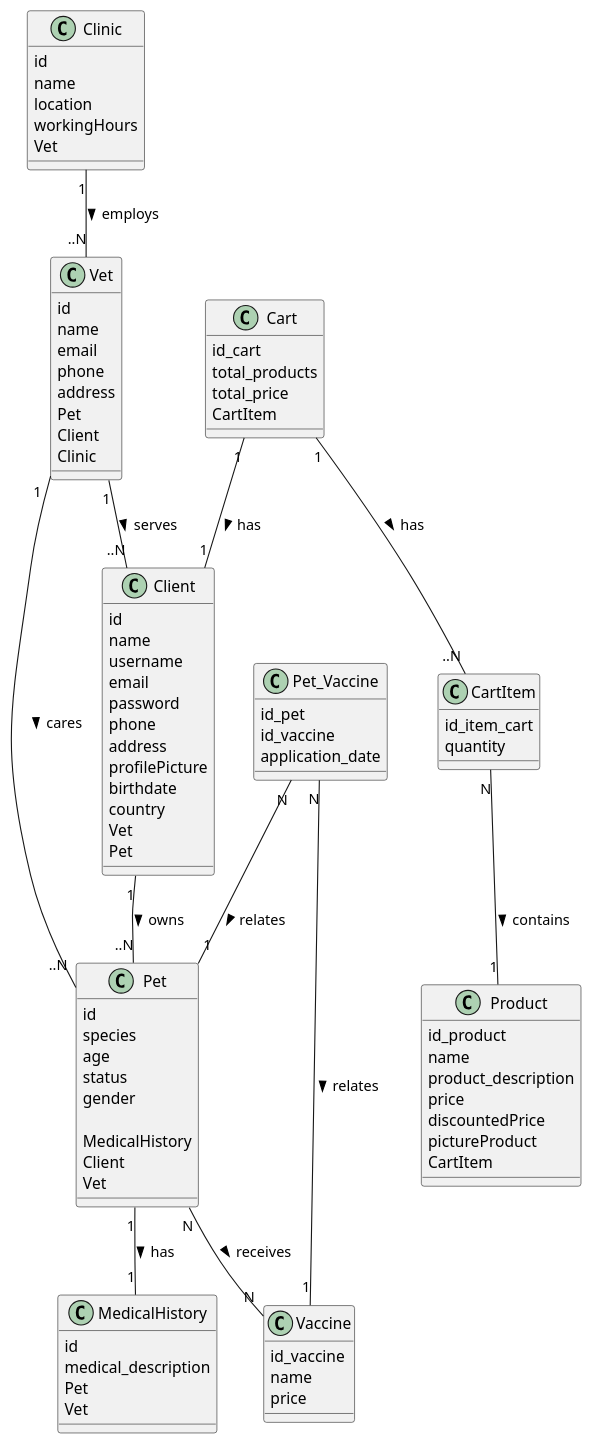
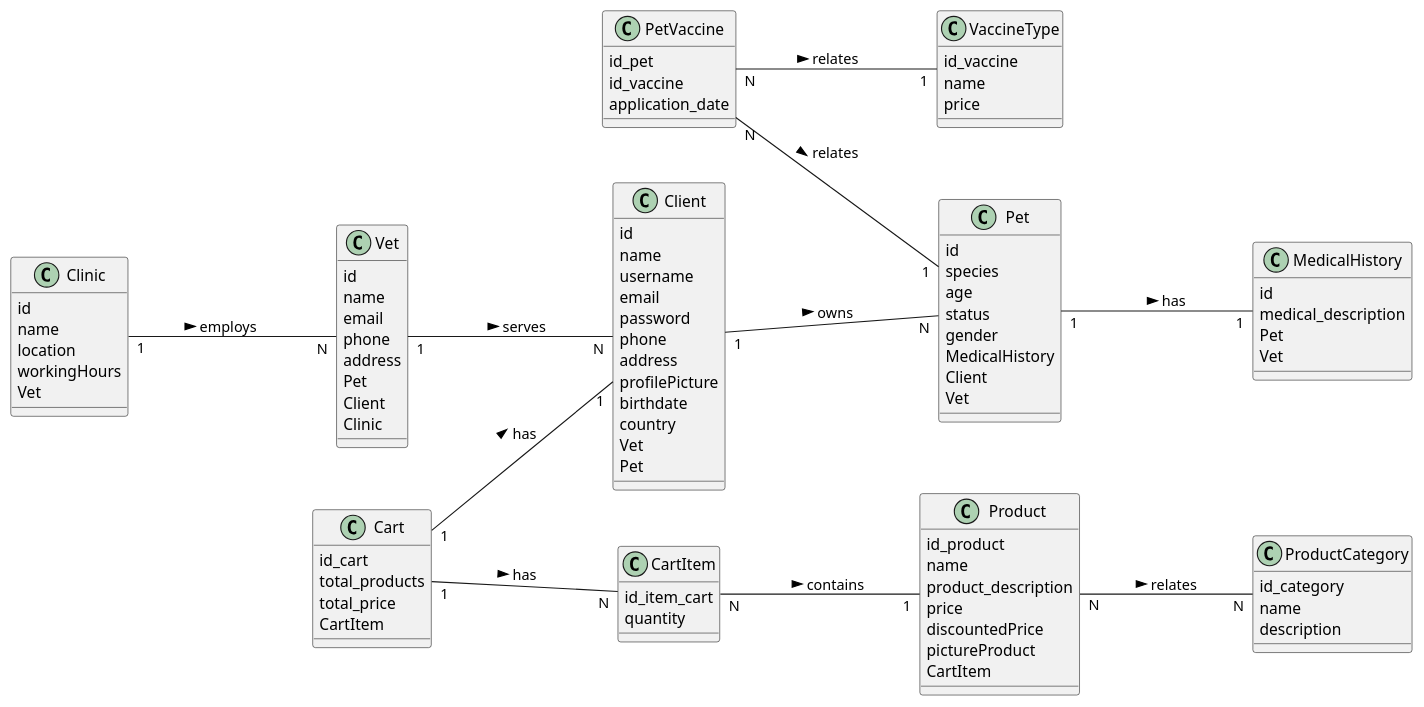
The diagram in VetAndGo/src/public/diagram.puml (Vet-and-Go/tienda-back), drawn with PlantUML before and after one commit.

Commit message:
Arreglado y cambios en las tablasÃ

```diff
--- a/VetAndGo/src/public/diagram.puml
+++ b/VetAndGo/src/public/diagram.puml
@@ -1,110 +1,120 @@
 @startuml
+'direccion of the diagram
+left to right direction
+'distance between elements
+skinparam nodesep 50
+skinparam ranksep 100
+
 
 ' Entities
 class Client {
     id
     name
     username
     email
     password
     phone
     address
     profilePicture
     birthdate
     country
     Vet
     Pet
 
 }
 
 class Pet {
     id
     species
     age
     status
     gender
-
     MedicalHistory
     Client
     Vet
 }
 
 class MedicalHistory{
     id
     medical_description
     Pet
     Vet
 }
 
 class Vet {
     id
     name
     email
     phone
     address
     Pet
     Client
     Clinic
 }
 
-class Vaccine{
+class VaccineType{
     id_vaccine
     name
     price
 }
 
-class Pet_Vaccine{
+class PetVaccine{
     id_pet
     id_vaccine
     application_date
 }
 
 class Clinic {
     id
     name
     location
     workingHours
     Vet
 }
 
 class Cart{
     id_cart
     total_products
     total_price
     CartItem
 }
 
 class CartItem{
     id_item_cart
     quantity
 }
 
 class Product{
     id_product
     name
     product_description
     price
     discountedPrice
     pictureProduct
     CartItem
-   }
+}
+
+class ProductCategory{
+    id_category
+    name
+    description
+}
 
 
 ' Relationships
-Client "1" -- "..N" Pet : owns >
+Client "1" -- "N" Pet : owns >
 Pet "1" -- "1" MedicalHistory : has >
-Vet "1" -- "..N" Pet : cares >
-Vet "1" -- "..N" Client : serves >
-Clinic "1" -- "..N" Vet : employs >
-Cart "1" -- "..N" CartItem : has >
+Vet "1" -- "N" Client : serves >
+Clinic "1" -- "N" Vet : employs >
+Cart "1" -- "N" CartItem : has >
 CartItem "N" -- "1" Product : contains >
-Pet "N" -- "N" Vaccine : receives >
-Pet_Vaccine "N" -- "1" Pet : relates >
-Pet_Vaccine "N" -- "1" Vaccine : relates >
+PetVaccine "N" -- "1" Pet : relates >
+PetVaccine "N" -- "1" VaccineType : relates >
 Cart "1" -- "1" Client : has >
+Product "N" -- "N" ProductCategory : relates >
 
 
 
 
 
 @enduml
```
